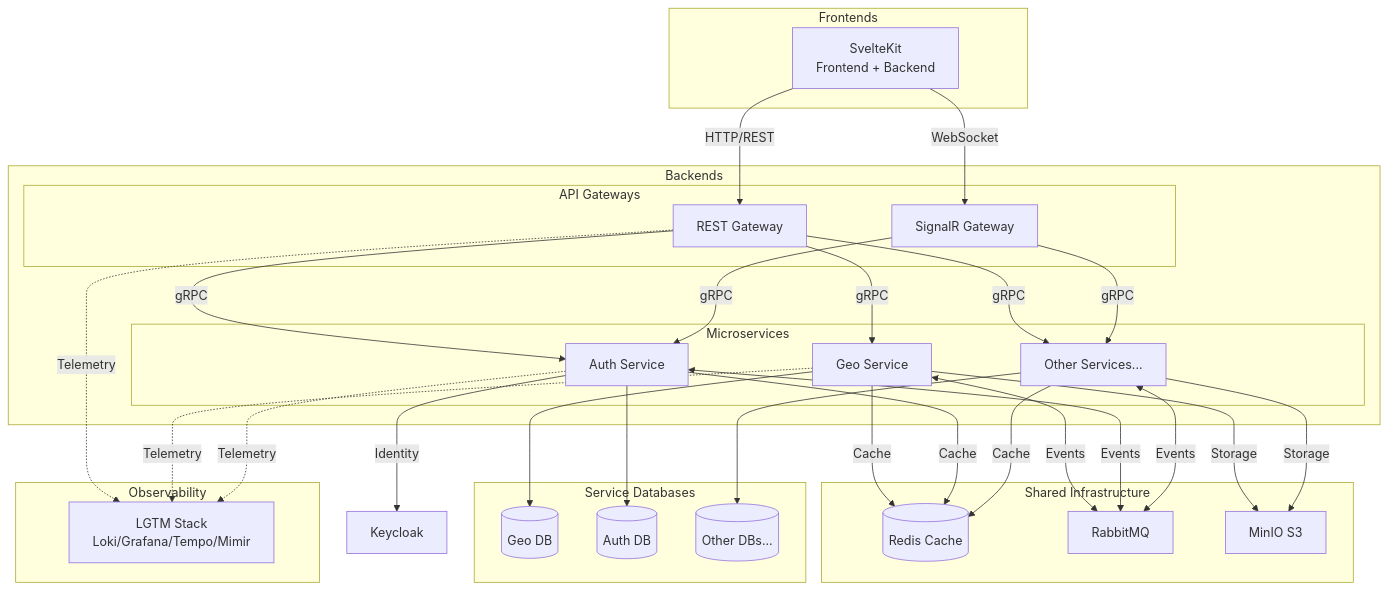
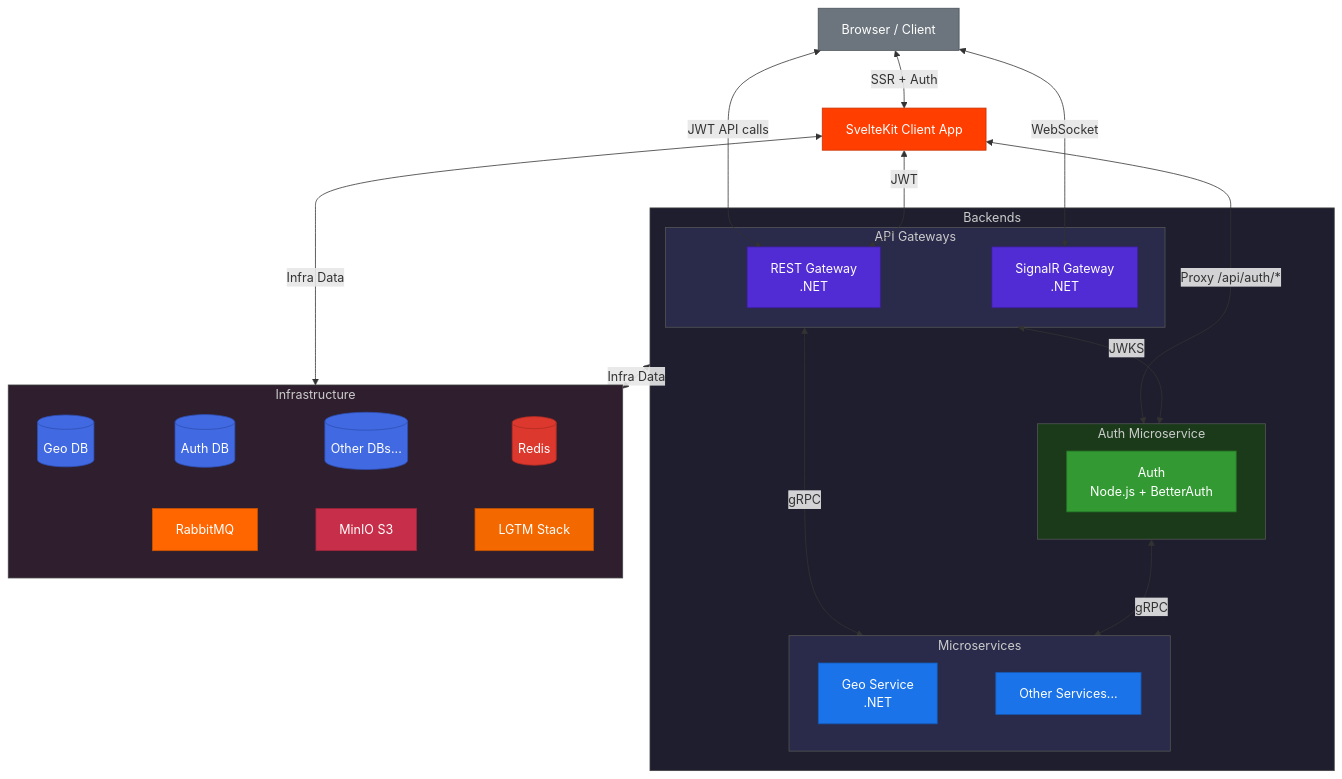
One commit to DCSV-io/D2-WORX changed the diagram in README.md. Above: the diagram before and after it, drawn with Mermaid. The commit also changed other lines of this file and 956 other files, not shown here.

First line of the commit message:
refactor: polyglot shared infrastructure with Node.js TypeScript parity (Phase 1) (#38)

````diff
--- a/README.md
+++ b/README.md
@@ -99,65 +107,74 @@
 ```mermaid
 graph TB
-    subgraph Frontends
-        SK[SvelteKit<br/>Frontend + Backend]
-    end
+    BROWSER[Browser / Client]
+
+    SK[SvelteKit Client App]
 
     subgraph Backends
-        subgraph "API Gateways"
-            REST[REST Gateway]
-            SR[SignalR Gateway]
+        subgraph Gateways["API Gateways"]
+            REST[REST Gateway<br/>.NET]
+            SR[SignalR Gateway<br/>.NET]
         end
 
-        subgraph "Microservices"
-            GEO[Geo Service]
-            AUTH[Auth Service]
-            OTHER[Other Services...]
+        subgraph AuthSvc["Auth Microservice"]
+            AUTH[Auth<br/>Node.js + BetterAuth]
+        end
+
+        subgraph Services["Microservices"]
+            GEO[Geo Service<br/>.NET] ~~~ OTHER[Other Services...]
         end
     end
 
-    subgraph "Shared Infrastructure"
-        REDIS[(Redis Cache)]
-        RMQ[RabbitMQ]
-        MINIO[MinIO S3]
+    subgraph Infra["Infrastructure"]
+        GEODB[(Geo DB)] ~~~ AUTHDB[(Auth DB)] ~~~ OTHERDB[(Other DBs...)] ~~~ REDIS[(Redis)]
+        RMQ[RabbitMQ] ~~~ MINIO[MinIO S3] ~~~ LGTM[LGTM Stack]
     end
 
-    subgraph "Service Databases"
-        GEODB[(Geo DB)]
-        AUTHDB[(Auth DB)]
-        OTHERDB[(Other DBs...)]
-    end
+    %% Browser paths
+    BROWSER <-->|SSR + Auth| SK
+    BROWSER <-->|JWT API calls| REST
+    BROWSER <-->|WebSocket| SR
 
-    subgraph "Observability"
-        LGTM[LGTM Stack<br/>Loki/Grafana/Tempo/Mimir]
-    end
+    %% SvelteKit to backends
+    SK <-->|JWT| REST
+    SK <-->|Proxy /api/auth/*| AuthSvc
 
-    SK -->|HTTP/REST| REST
-    SK -->|WebSocket| SR
+    %% Internal backend routing
+    Gateways <-->|gRPC| Services
+    Gateways <-->|JWKS| AuthSvc
+    AuthSvc <-->|gRPC| Services
 
-    REST -->|gRPC| GEO
-    REST -->|gRPC| AUTH
-    REST -->|gRPC| OTHER
-    SR -->|gRPC| AUTH
-    SR -->|gRPC| OTHER
+    %% Infrastructure data
+    SK <-->|Infra Data| Infra
+    Backends <-->|Infra Data| Infra
 
-    GEO <-->|Events| RMQ
-    AUTH <-->|Events| RMQ
-    OTHER <-->|Events| RMQ
+    %% Node colors
+    classDef browser fill:#6c757d,stroke:#495057,color:#fff
+    classDef svelte fill:#FF3E00,stroke:#c73100,color:#fff
+    classDef gateway fill:#512BD4,stroke:#3d1f9e,color:#fff
+    classDef nodejs fill:#339933,stroke:#267326,color:#fff
+    classDef service fill:#1a73e8,stroke:#1557b0,color:#fff
+    classDef postgres fill:#4169E1,stroke:#2f4fb3,color:#fff
+    classDef redis fill:#DC382D,stroke:#b02d24,color:#fff
+    classDef rabbitmq fill:#FF6600,stroke:#cc5200,color:#fff
+    classDef minio fill:#C72E49,stroke:#9e243a,color:#fff
+    classDef grafana fill:#F46800,stroke:#c35300,color:#fff
 
-    GEO -->|Cache| REDIS
-    AUTH -->|Cache| REDIS
-    OTHER -->|Cache| REDIS
+    class BROWSER browser
+    class SK svelte
+    class REST,SR gateway
+    class AUTH nodejs
+    class GEO,OTHER service
+    class GEODB,AUTHDB,OTHERDB postgres
+    class REDIS redis
+    class RMQ rabbitmq
+    class MINIO minio
+    class LGTM grafana
 
-    GEO -->|Storage| MINIO
-    OTHER -->|Storage| MINIO
-
-    AUTH -->|Identity| KC[Keycloak]
-
-    GEO --> GEODB
-    AUTH --> AUTHDB
-    OTHER --> OTHERDB
-
-    REST -.->|Telemetry| LGTM
-    GEO -.->|Telemetry| LGTM
-    AUTH -.->|Telemetry| LGTM
+    %% Subgraph colors
+    style Backends fill:#1e1e2e,stroke:#444,color:#ccc
+    style Gateways fill:#2a2a4a,stroke:#555,color:#ccc
+    style AuthSvc fill:#1a3a1a,stroke:#555,color:#ccc
+    style Services fill:#2a2a4a,stroke:#555,color:#ccc
+    style Infra fill:#2e1e2e,stroke:#444,color:#ccc
 ```
````
